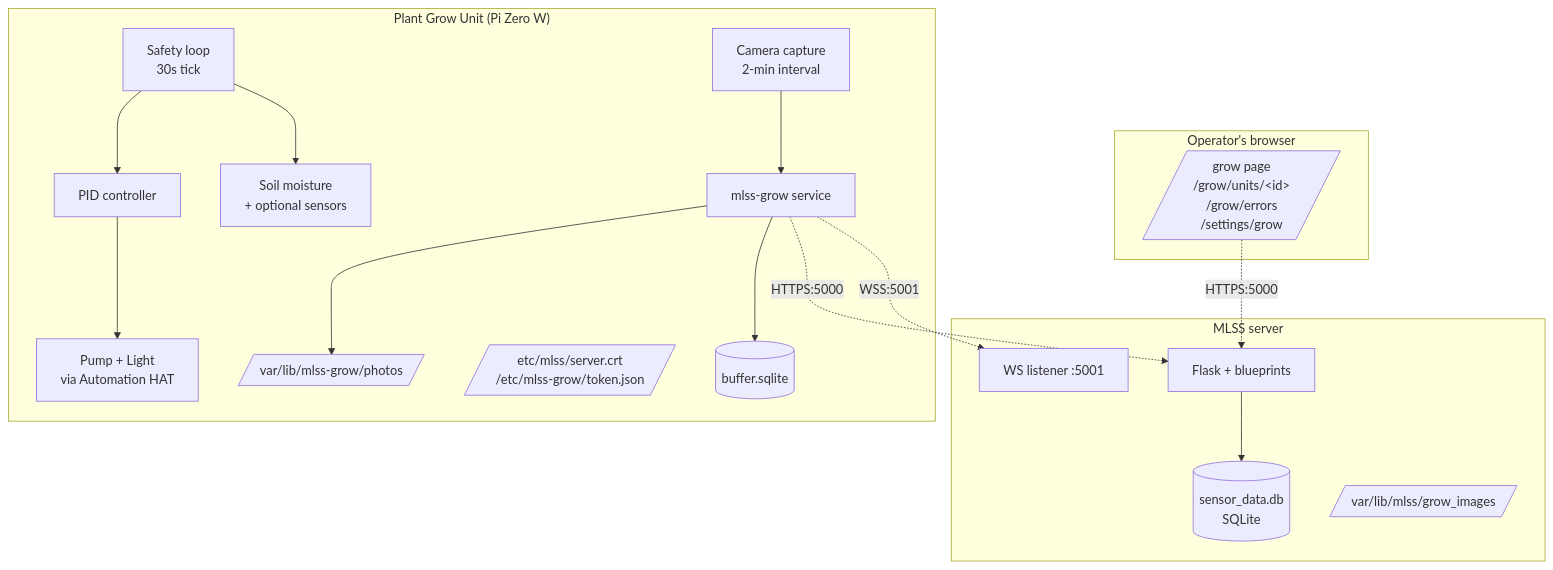
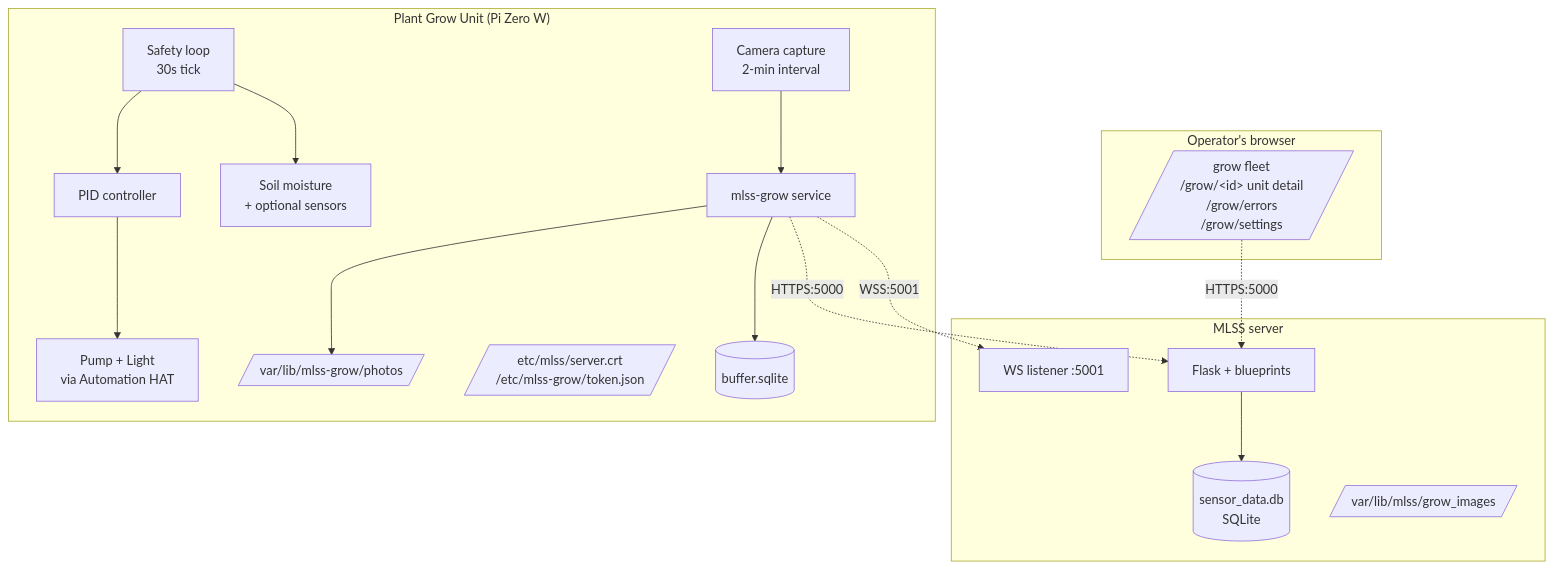
One commit to Ryan-be/mars-air-quility changed the second of 5 diagrams in docs/PLANT_GROW_UNIT_ARCHITECTURE.md. Above: the diagram before and after it, drawn with Mermaid. The commit also changed other lines of this file and 13 other files, not shown here.

First line of the commit message:
Documentation audit: refresh schemas, linkage, distributed architecture diagrams

````diff
--- a/docs/PLANT_GROW_UNIT_ARCHITECTURE.md
+++ b/docs/PLANT_GROW_UNIT_ARCHITECTURE.md
@@ -18,36 +69,36 @@
 ```mermaid
 graph TB
     subgraph "Operator's browser"
-        UI[/grow page<br/>/grow/units/&lt;id&gt;<br/>/grow/errors<br/>/settings/grow/]
+        UI[/grow fleet<br/>/grow/&lt;id&gt; unit detail<br/>/grow/errors<br/>/grow/settings/]
     end
 
     subgraph "MLSS server"
         Flask[Flask + blueprints]
         WS[WS listener :5001]
         DB[(sensor_data.db<br/>SQLite)]
         Photos[/var/lib/mlss/grow_images/]
     end
 
     subgraph "Plant Grow Unit (Pi Zero W)"
         FW[mlss-grow service]
         BUF[(buffer.sqlite)]
         PB[/var/lib/mlss-grow/photos/]
         STATE[/etc/mlss/server.crt<br/>/etc/mlss-grow/token.json/]
         SAFETY[Safety loop<br/>30s tick]
         PID[PID controller]
         PHOTO[Camera capture<br/>2-min interval]
         SENS[Soil moisture<br/>+ optional sensors]
         ACT[Pump + Light<br/>via Automation HAT]
     end
 
     UI -.HTTPS:5000.-> Flask
     Flask --> DB
     FW -.WSS:5001.-> WS
     FW -.HTTPS:5000.-> Flask
     FW --> BUF
     FW --> PB
     SAFETY --> SENS
     SAFETY --> PID
     PID --> ACT
     PHOTO --> FW
 ```
````
